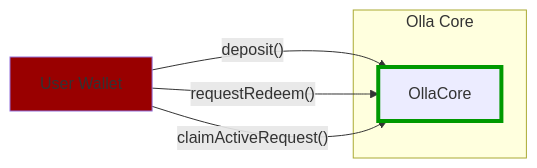
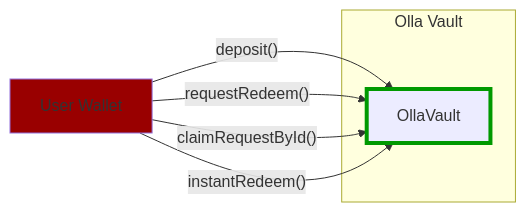
Before and after one commit to ollafinance/core: the third of 8 diagrams in docs/overview.md, drawn with Mermaid. The commit also changed other lines of this file and 149 other files, not shown here.

First line of the commit message:
improvement: split OllaCore into OllaVault + OllaCore for ERC-7540 compliance (#306)

````diff
--- a/docs/overview.md
+++ b/docs/overview.md
@@ -226,16 +254,17 @@
 ```mermaid
 flowchart LR
 
 userWallet[User Wallet]
 
-subgraph "Olla Core"
-    core[OllaCore]
+subgraph "Olla Vault"
+    vault[OllaVault]
 end
 
-userWallet -->|"deposit()"| core
-userWallet -->|"requestRedeem()"| core
-userWallet -->|"claimActiveRequest()"| core
+userWallet -->|"deposit()"| vault
+userWallet -->|"requestRedeem()"| vault
+userWallet -->|"claimRequestById()"| vault
+userWallet -->|"instantRedeem()"| vault
 
 style userWallet fill:#900
-style core stroke:#090,stroke-width:4px
+style vault stroke:#090,stroke-width:4px
 ```
````
